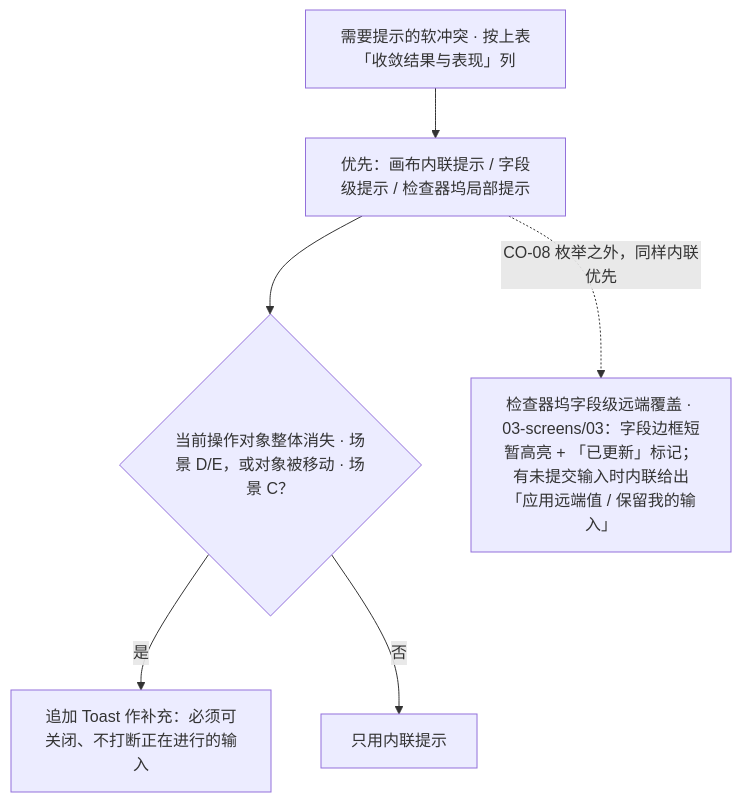
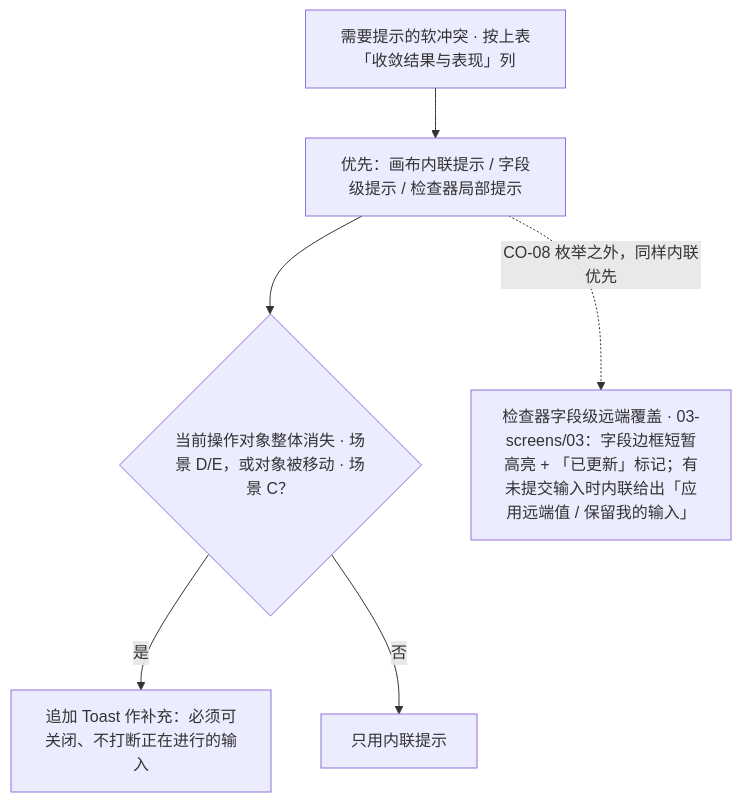
The fifth of 13 diagrams in docs/20-design/02-user-flows.md (Xeonice/cordis-ppt-editor), drawn with Mermaid before and after one commit. The commit also changed other lines of this file and 44 other files, not shown here.

````diff
--- a/docs/20-design/02-user-flows.md
+++ b/docs/20-design/02-user-flows.md
@@ -182,14 +191,14 @@
 ```mermaid
 flowchart TB
   f4Need["需要提示的软冲突 · 按上表「收敛结果与表现」列"]
-  f4Inline["优先：画布内联提示 / 字段级提示 / 检查器坞局部提示"]
+  f4Inline["优先：画布内联提示 / 字段级提示 / 检查器局部提示"]
   f4Q{"当前操作对象整体消失 · 场景 D/E，或对象被移动 · 场景 C？"}
   f4Toast["追加 Toast 作补充：必须可关闭、不打断正在进行的输入"]
   f4Only["只用内联提示"]
-  f4Field["检查器坞字段级远端覆盖 · 03-screens/03：字段边框短暂高亮 + 「已更新」标记；有未提交输入时内联给出「应用远端值 / 保留我的输入」"]
+  f4Field["检查器字段级远端覆盖 · 03-screens/03：字段边框短暂高亮 + 「已更新」标记；有未提交输入时内联给出「应用远端值 / 保留我的输入」"]
   f4Need --> f4Inline
   f4Inline --> f4Q
   f4Q -->|"是"| f4Toast
   f4Q -->|"否"| f4Only
   f4Inline -.->|"CO-08 枚举之外，同样内联优先"| f4Field
 ```
````
